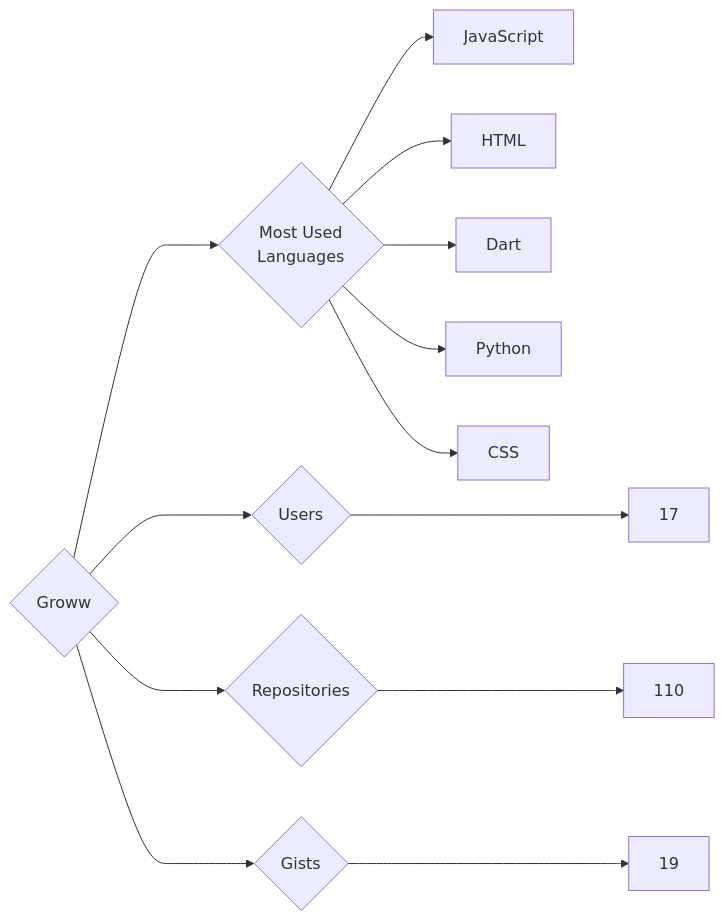
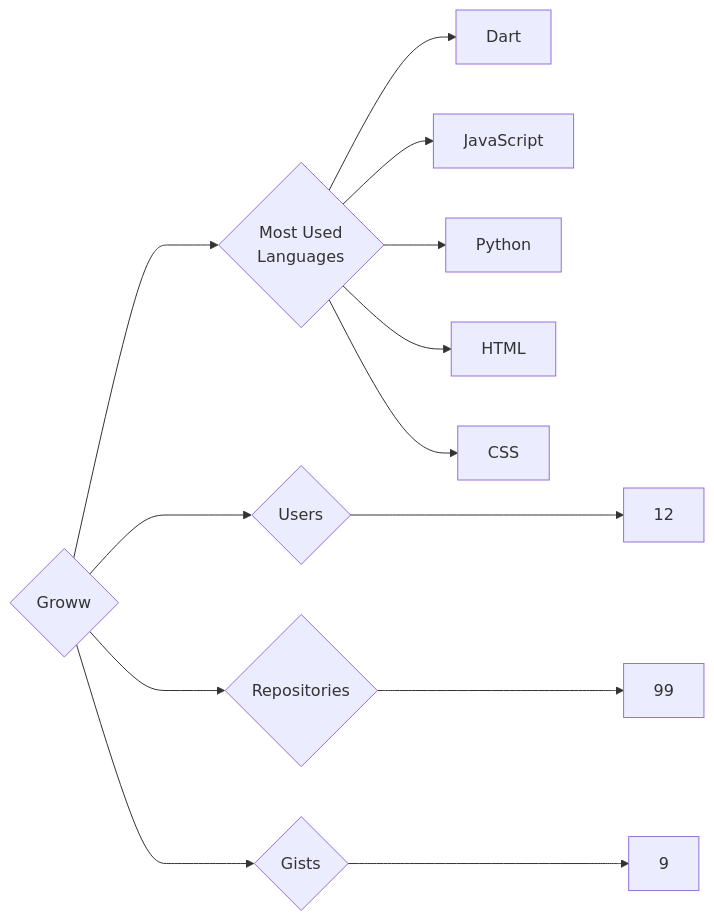
Before and after one commit to trickest/insiders: the diagram in targets/Groww/README.md, drawn with Mermaid. The commit also changed 636 other files, not shown here.

````diff
--- a/targets/Groww/README.md
+++ b/targets/Groww/README.md
@@ -3,13 +3,13 @@
 ```mermaid
 graph LR
 COMPANY_NAME{Groww}
-COMPANY_NAME ---> U{Users} ---> UN[17]
-COMPANY_NAME ---> R{Repositories} ---> RN[110]
-COMPANY_NAME ---> G{Gists} ---> GN[19]
+COMPANY_NAME ---> U{Users} ---> UN[12]
+COMPANY_NAME ---> R{Repositories} ---> RN[99]
+COMPANY_NAME ---> G{Gists} ---> GN[9]
 COMPANY_NAME ---> ML{Most Used<br>Languages}
+ML --> Dart[Dart]
 ML --> JavaScript[JavaScript]
+ML --> Python[Python]
 ML --> HTML[HTML]
-ML --> Dart[Dart]
-ML --> Python[Python]
 ML --> CSS[CSS]
 ```
````
